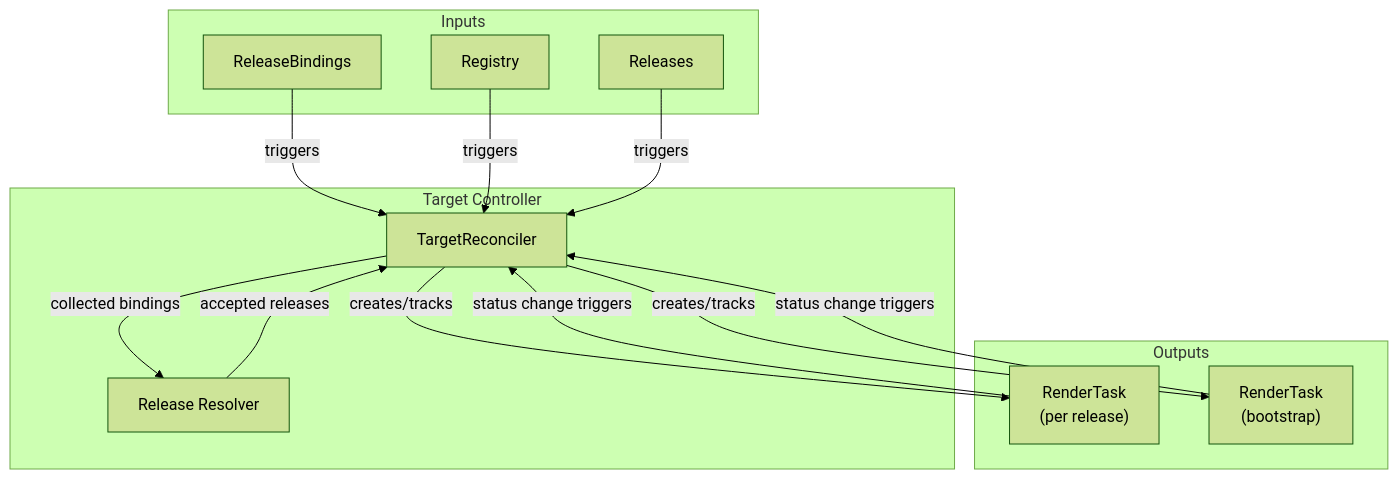
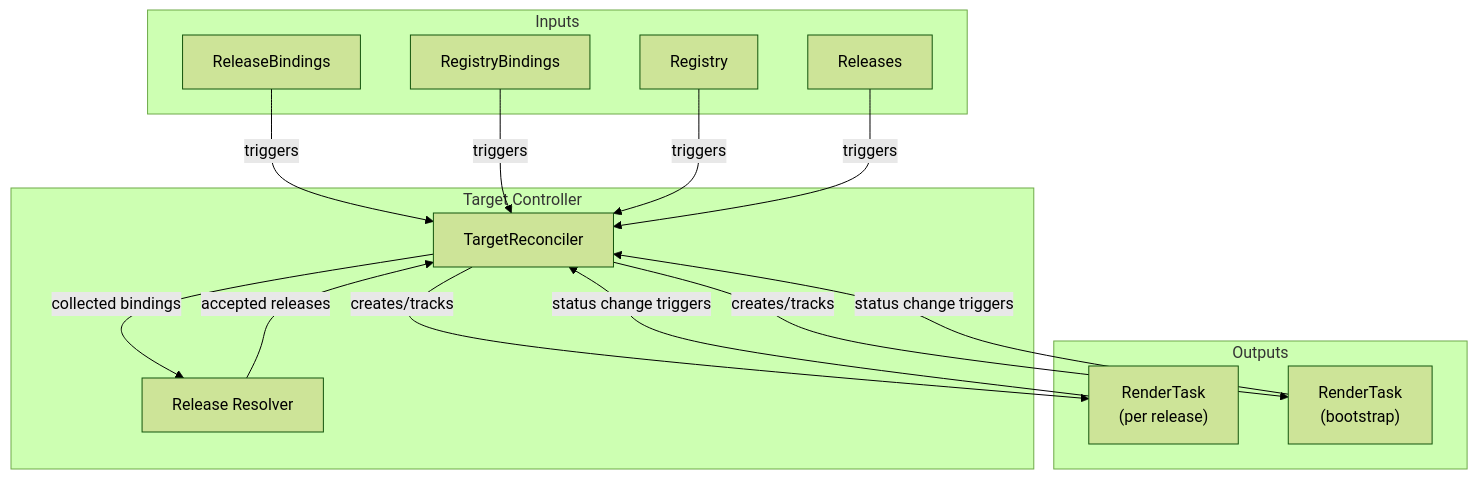
Before and after one commit to opendefensecloud/solution-arsenal: the first of 5 diagrams in docs/developer-guide/target_controller.md, drawn with Mermaid (forest theme). The commit also changed other lines of this file and 37 other files, not shown here.

````diff
--- a/docs/developer-guide/target_controller.md
+++ b/docs/developer-guide/target_controller.md
@@ -21,29 +22,31 @@
 ```mermaid
 flowchart TD
     subgraph Inputs
         RB[ReleaseBindings]
+        RegB[RegistryBindings]
         Reg[Registry]
         Rel[Releases]
     end
 
     subgraph Target Controller
         Ctrl[TargetReconciler]
         Resolver[Release Resolver]
     end
 
     subgraph Outputs
         RT1["RenderTask\n(per release)"]
         RT2["RenderTask\n(bootstrap)"]
     end
 
     RB -->|triggers| Ctrl
+    RegB -->|triggers| Ctrl
     Reg -->|triggers| Ctrl
     Rel -->|triggers| Ctrl
     RT1 -->|status change triggers| Ctrl
     RT2 -->|status change triggers| Ctrl
 
     Ctrl -->|collected bindings| Resolver
     Resolver -->|accepted releases| Ctrl
     Ctrl -->|creates/tracks| RT1
     Ctrl -->|creates/tracks| RT2
 ```
````
